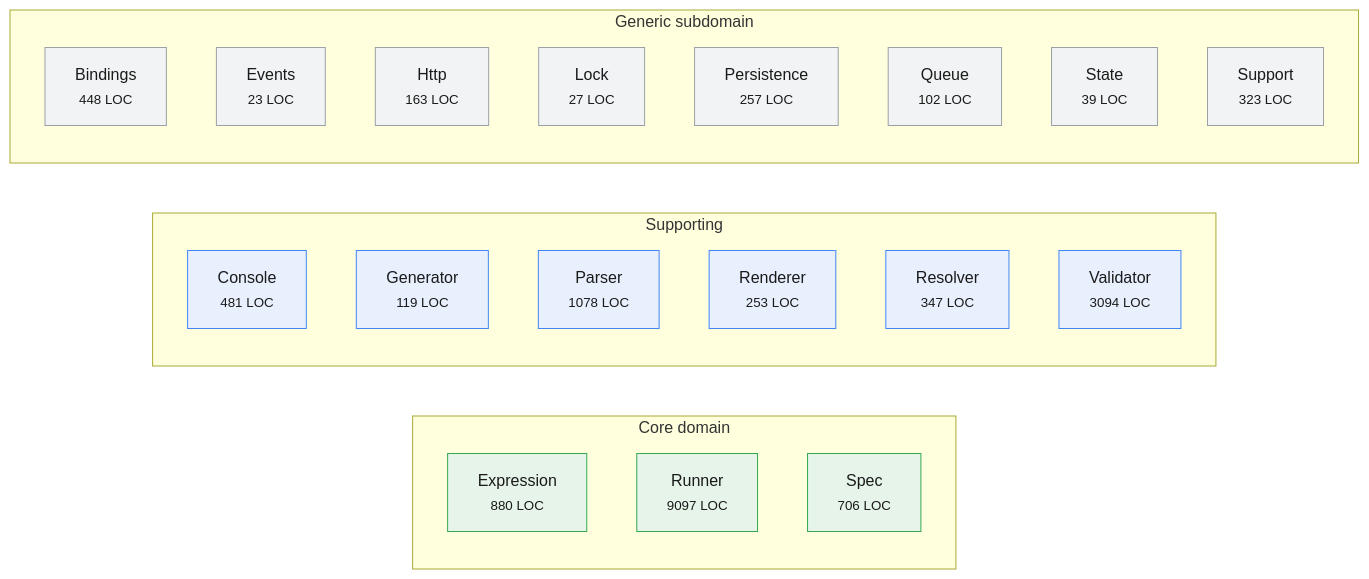
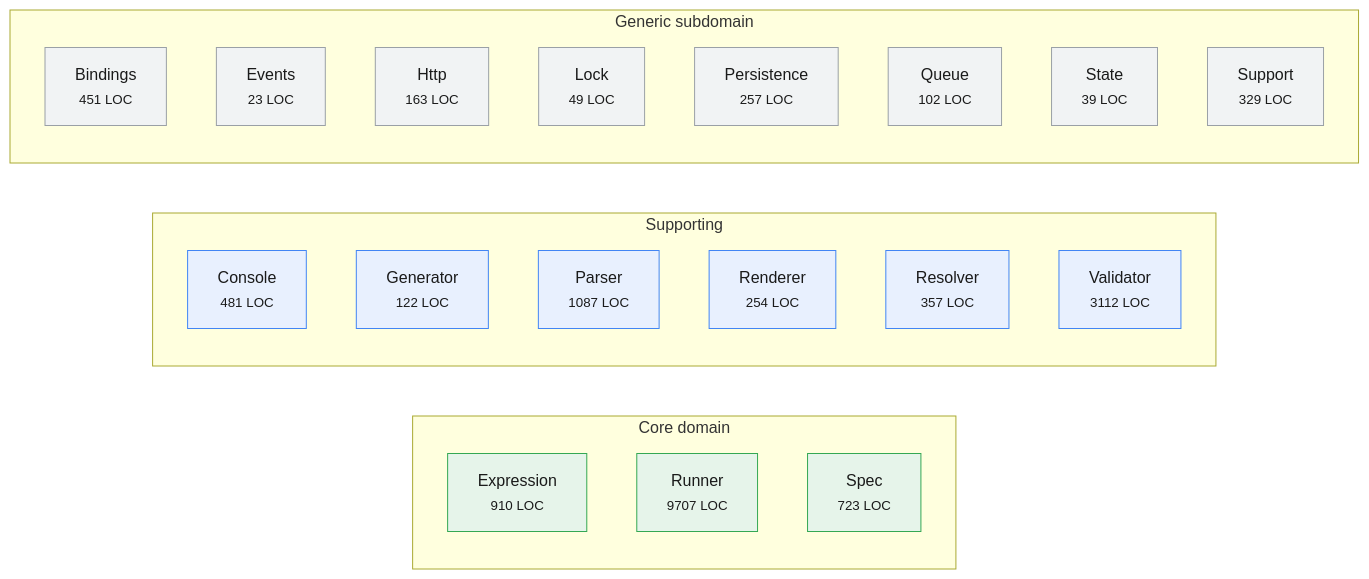
One commit to Mohammed-Alama/php-arazzo changed the diagram in docs/generated/subdomain-map.md. Above: the diagram before and after it, drawn with Mermaid. The commit also changed other lines of this file and 70 other files, not shown here.

````diff
--- a/docs/generated/subdomain-map.md
+++ b/docs/generated/subdomain-map.md
@@ -15,30 +15,30 @@
 ```mermaid
 flowchart LR
     subgraph S_core["Core domain"]
-        S_Expression["Expression<br/><small>880 LOC</small>"]:::coreDomain
-        S_Runner["Runner<br/><small>9097 LOC</small>"]:::coreDomain
-        S_Spec["Spec<br/><small>706 LOC</small>"]:::coreDomain
+        S_Expression["Expression<br/><small>910 LOC</small>"]:::coreDomain
+        S_Runner["Runner<br/><small>9707 LOC</small>"]:::coreDomain
+        S_Spec["Spec<br/><small>723 LOC</small>"]:::coreDomain
     end
     subgraph S_supporting["Supporting"]
         S_Console["Console<br/><small>481 LOC</small>"]:::supportingDomain
-        S_Generator["Generator<br/><small>119 LOC</small>"]:::supportingDomain
-        S_Parser["Parser<br/><small>1078 LOC</small>"]:::supportingDomain
-        S_Renderer["Renderer<br/><small>253 LOC</small>"]:::supportingDomain
-        S_Resolver["Resolver<br/><small>347 LOC</small>"]:::supportingDomain
-        S_Validator["Validator<br/><small>3094 LOC</small>"]:::supportingDomain
+        S_Generator["Generator<br/><small>122 LOC</small>"]:::supportingDomain
+        S_Parser["Parser<br/><small>1087 LOC</small>"]:::supportingDomain
+        S_Renderer["Renderer<br/><small>254 LOC</small>"]:::supportingDomain
+        S_Resolver["Resolver<br/><small>357 LOC</small>"]:::supportingDomain
+        S_Validator["Validator<br/><small>3112 LOC</small>"]:::supportingDomain
     end
     subgraph S_generic["Generic subdomain"]
-        S_Bindings["Bindings<br/><small>448 LOC</small>"]:::genericDomain
+        S_Bindings["Bindings<br/><small>451 LOC</small>"]:::genericDomain
         S_Events["Events<br/><small>23 LOC</small>"]:::genericDomain
         S_Http["Http<br/><small>163 LOC</small>"]:::genericDomain
-        S_Lock["Lock<br/><small>27 LOC</small>"]:::genericDomain
+        S_Lock["Lock<br/><small>49 LOC</small>"]:::genericDomain
         S_Persistence["Persistence<br/><small>257 LOC</small>"]:::genericDomain
         S_Queue["Queue<br/><small>102 LOC</small>"]:::genericDomain
         S_State["State<br/><small>39 LOC</small>"]:::genericDomain
-        S_Support["Support<br/><small>323 LOC</small>"]:::genericDomain
+        S_Support["Support<br/><small>329 LOC</small>"]:::genericDomain
     end
     classDef coreDomain fill:#e6f4ea,stroke:#34a853,color:#1a1a1a;
     classDef supportingDomain fill:#e8f0fe,stroke:#4285f4,color:#1a1a1a;
     classDef genericDomain fill:#f1f3f4,stroke:#9aa0a6,color:#1a1a1a;
     classDef unknownDomain fill:#fce8e6,stroke:#ea4335,color:#1a1a1a;
 ```
````
